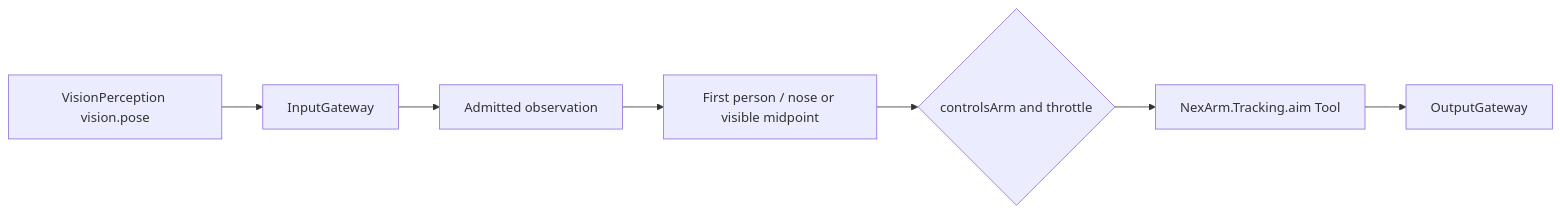
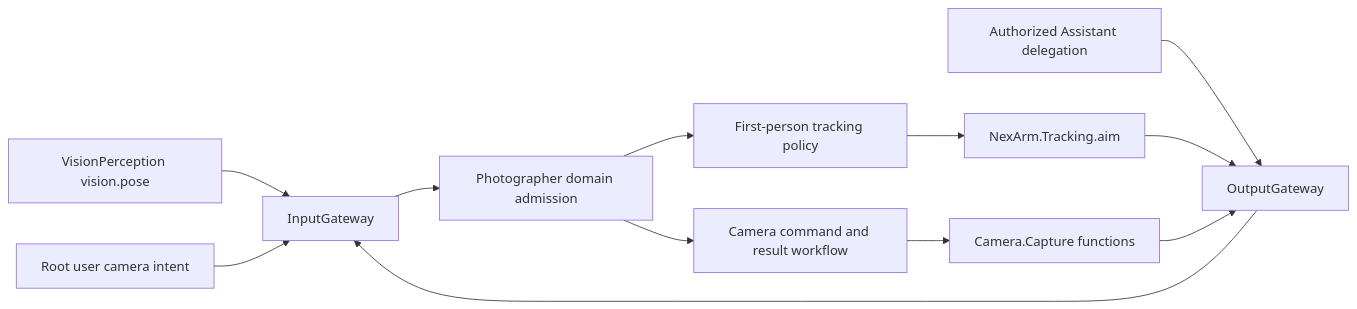
One commit to devilyouwei/MobileHarness changed the first of 4 diagrams in MobileHarness/Agents/Photographer/README.md. Above: the diagram before and after it, drawn with Mermaid. The commit also changed other lines of this file and 201 other files, not shown here.

````diff
--- a/MobileHarness/Agents/Photographer/README.md
+++ b/MobileHarness/Agents/Photographer/README.md
@@ -5,9 +9,14 @@
 ```mermaid
 flowchart LR
     Vision[VisionPerception vision.pose] --> Input[InputGateway]
-    Input --> Latest[Admitted observation]
-    Latest --> Policy[First person / nose or visible midpoint]
-    Policy --> Gate{controlsArm and throttle}
-    Gate --> Call[NexArm.Tracking.aim Tool]
-    Call --> Output[OutputGateway]
+    Human[Root user camera intent] --> Input
+    Assistant[Authorized Assistant delegation] --> Output[OutputGateway]
+    Output --> Input
+    Input --> Role[Photographer domain admission]
+    Role --> Tracking[First-person tracking policy]
+    Tracking --> Aim[NexArm.Tracking.aim]
+    Role --> Camera[Camera command and result workflow]
+    Camera --> Capture[Camera.Capture functions]
+    Aim --> Output
+    Capture --> Output
 ```
````
